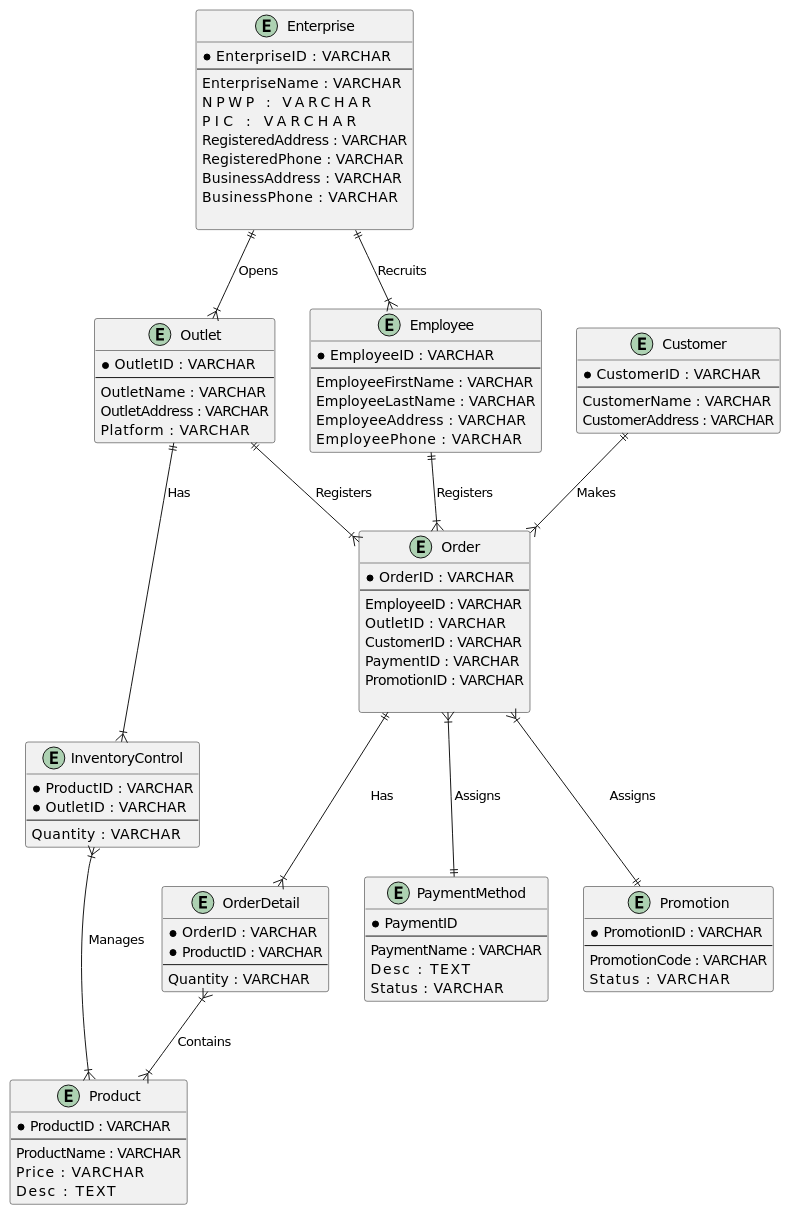
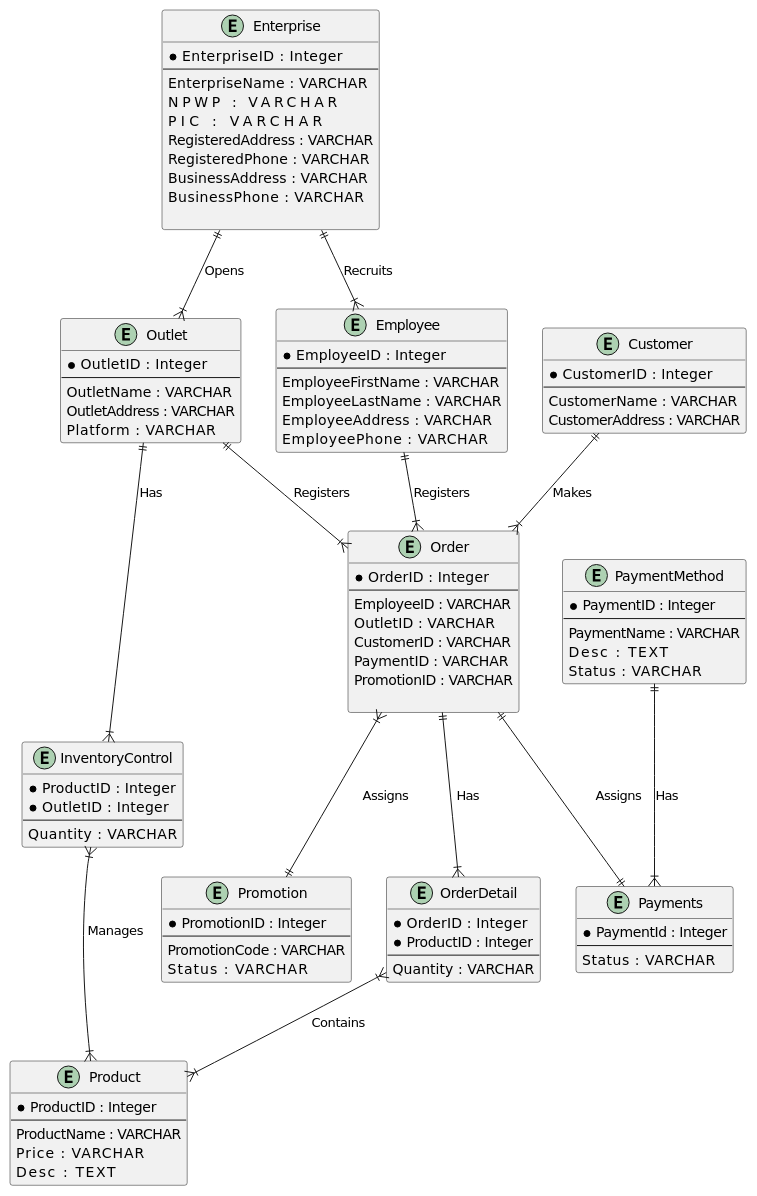
Before and after one commit to noturaun/posapp: the diagram in posapp.puml, drawn with PlantUML. The commit also changed 8 other files, not shown here.

```diff
--- a/posapp.puml
+++ b/posapp.puml
@@ -1,89 +1,97 @@
 @startuml posapp
 entity Enterprise{
-    * EnterpriseID      : VARCHAR
+    * EnterpriseID      : Integer
     --
     EnterpriseName      : VARCHAR
     NPWP                : VARCHAR
     PIC                 : VARCHAR
     RegisteredAddress   : VARCHAR
     RegisteredPhone     : VARCHAR
     BusinessAddress     : VARCHAR
     BusinessPhone       : VARCHAR
 
 }
 entity Outlet{
-    * OutletID    : VARCHAR
+    * OutletID    : Integer
     --
     OutletName    : VARCHAR
     OutletAddress : VARCHAR
     Platform      : VARCHAR
 }
 entity Employee{
-    * EmployeeID    : VARCHAR
+    * EmployeeID    : Integer
     --
     EmployeeFirstName    : VARCHAR
     EmployeeLastName     : VARCHAR
     EmployeeAddress      : VARCHAR
     EmployeePhone        : VARCHAR
 }
 entity InventoryControl{
-    * ProductID   : VARCHAR
-    * OutletID    : VARCHAR
+    * ProductID   : Integer
+    * OutletID    : Integer
     --
     Quantity      : VARCHAR
 }
 entity Product {
-    * ProductID : VARCHAR
+    * ProductID : Integer
     --
     ProductName : VARCHAR
     Price       : VARCHAR
     Desc        : TEXT
 }
 entity Order {
-    * OrderID   : VARCHAR
+    * OrderID   : Integer
     --
     EmployeeID  : VARCHAR
     OutletID    : VARCHAR
     CustomerID  : VARCHAR
     PaymentID   : VARCHAR
     PromotionID : VARCHAR
 
 }
 entity OrderDetail{
-    * OrderID   : VARCHAR
-    * ProductID : VARCHAR
+    * OrderID   : Integer
+    * ProductID : Integer
     --
     Quantity    : VARCHAR
 }
 entity PaymentMethod{
-    * PaymentID
+    * PaymentID : Integer
     --
     PaymentName : VARCHAR
     Desc        : TEXT
     Status      : VARCHAR
 }
+
+entity Payments{
+    * PaymentId : Integer
+    --
+    Status      : VARCHAR
+}
+
 entity Promotion{
-    * PromotionID : VARCHAR
+    * PromotionID : Integer
     --
     PromotionCode : VARCHAR
     Status        : VARCHAR
 }
 entity  Customer{
-    * CustomerID    : VARCHAR
+    * CustomerID    : Integer
     --
     CustomerName    : VARCHAR
     CustomerAddress : VARCHAR
 }
 
 Enterprise ||--|{ Outlet : Opens
 Enterprise ||--|{ Employee : Recruits
 Outlet ||--|{ InventoryControl : Has
 Outlet ||--|{ Order : Registers
 Customer ||--|{ Order : Makes
 Employee ||--|{ Order : Registers
 Order ||--|{ OrderDetail : Has
 Order }|--|| Promotion : Assigns
-Order }|--|| PaymentMethod : Assigns
+Order ||--|| Payments : Assigns
+PaymentMethod ||--|{ Payments : Has
 OrderDetail }|--|{ Product : Contains
 InventoryControl }|--|{ Product : Manages
 @enduml
```
